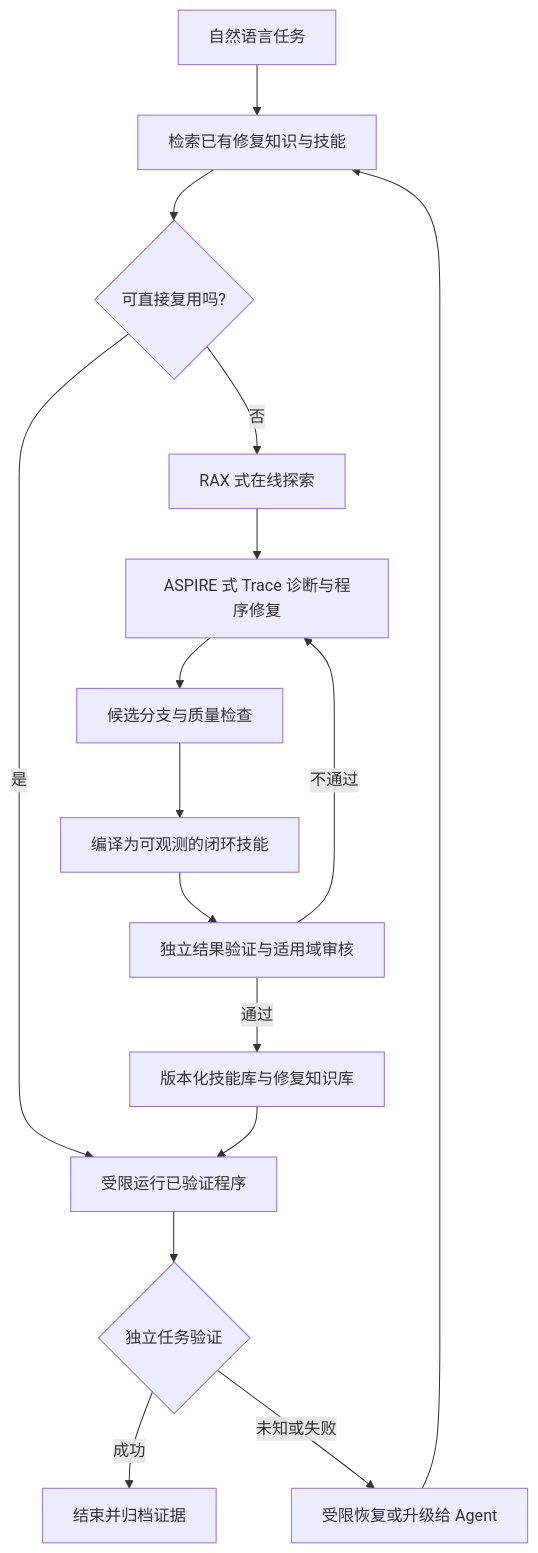
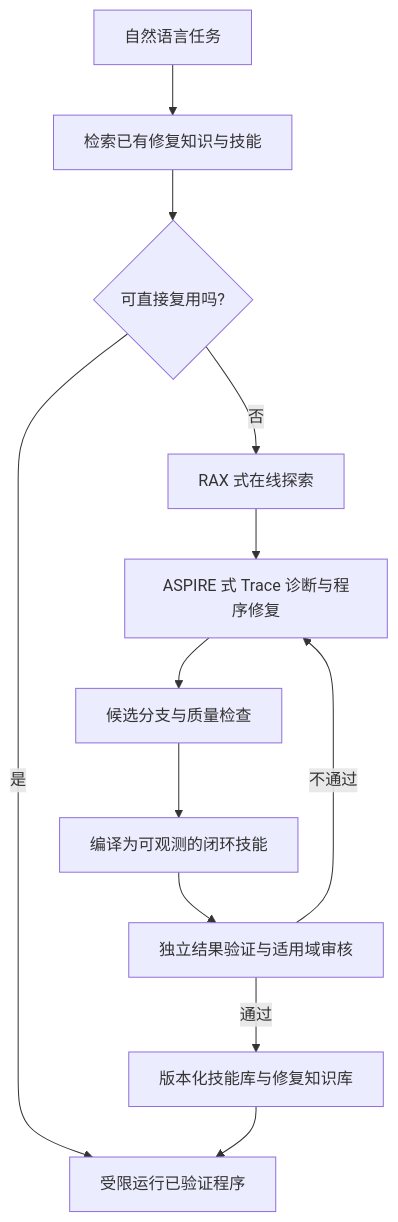
Before and after one commit to zengxiong111/Foundation_of_Embodied_AI: the third of 4 diagrams in md/Robot_Agent_Workflow_ZH.md, drawn with Mermaid. The commit also changed other lines of this file and 11 other files, not shown here.

First line of the commit message:
Improve bilingual PDF diagram readability without changing equations

````diff
--- a/md/Robot_Agent_Workflow_ZH.md
+++ b/md/Robot_Agent_Workflow_ZH.md
@@ -311,18 +313,14 @@
 ```mermaid
 flowchart TD
  G[自然语言任务] --> M[检索已有修复知识与技能]
  M --> Q{可直接复用吗?}
  Q -- 是 --> R[受限运行已验证程序]
  Q -- 否 --> X[RAX 式在线探索]
  X --> A[ASPIRE 式 Trace 诊断与程序修复]
  A --> E[候选分支与质量检查]
  E --> C[编译为可观测的闭环技能]
  C --> V[独立结果验证与适用域审核]
  V -- 通过 --> L[版本化技能库与修复知识库]
  V -- 不通过 --> A
  L --> R
- R --> S{独立任务验证}
- S -- 成功 --> D[结束并归档证据]
- S -- 未知或失败 --> F[受限恢复或升级给 Agent]
- F --> M
 ```
````
